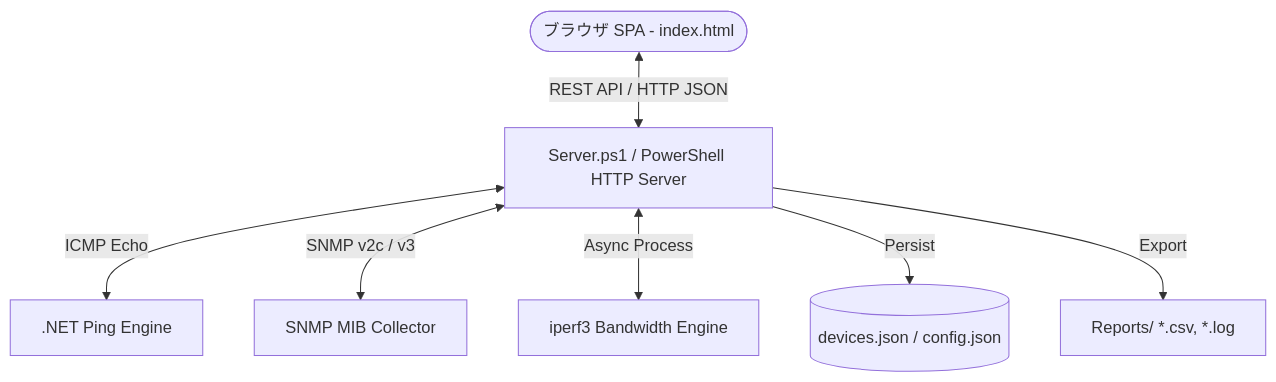
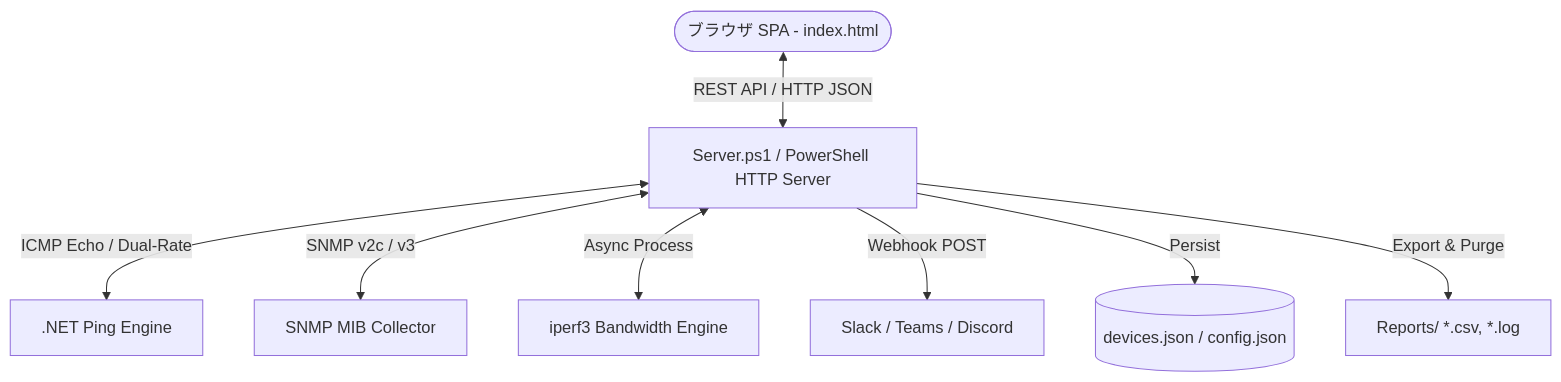
Before and after one commit to Shuntaro1996/network-device-monitor: the diagram in README.md, drawn with Mermaid. The commit also changed other lines of this file and 2 other files, not shown here.

Commit message:
docs: Update user manual, README, and system architecture docs to reflect new features and UI design overhaul

````diff
--- a/README.md
+++ b/README.md
@@ -28,9 +31,10 @@
 ```mermaid
 graph TD
     User([ブラウザ SPA - index.html]) <-->|REST API / HTTP JSON| Server[Server.ps1 / PowerShell HTTP Server]
-    Server <-->|ICMP Echo| Ping[.NET Ping Engine]
+    Server <-->|ICMP Echo / Dual-Rate| Ping[.NET Ping Engine]
     Server <-->|SNMP v2c / v3| SNMP[SNMP MIB Collector]
     Server <-->|Async Process| Iperf[iperf3 Bandwidth Engine]
+    Server -->|Webhook POST| Webhook[Slack / Teams / Discord]
     Server -->|Persist| DB[(devices.json / config.json)]
-    Server -->|Export| Reports[Reports/ *.csv, *.log]
+    Server -->|Export & Purge| Reports[Reports/ *.csv, *.log]
 ```
````
